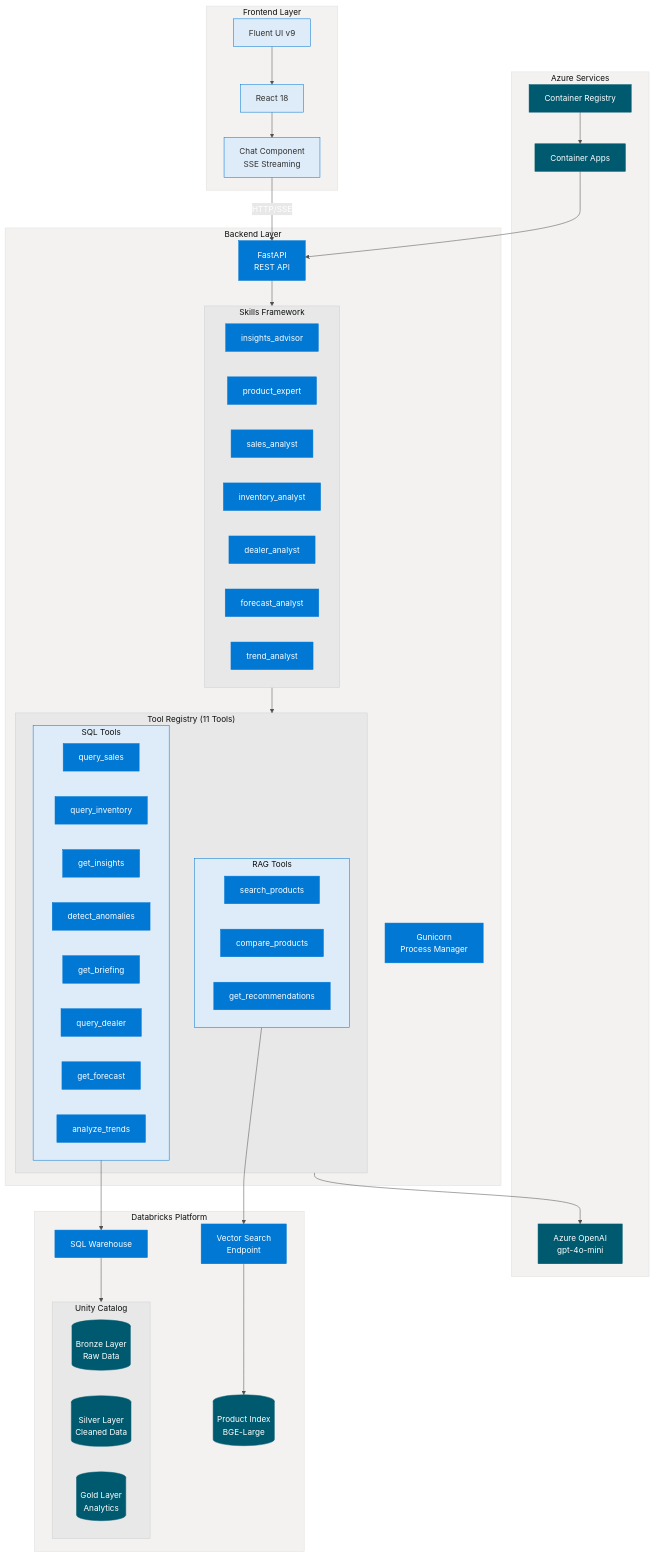
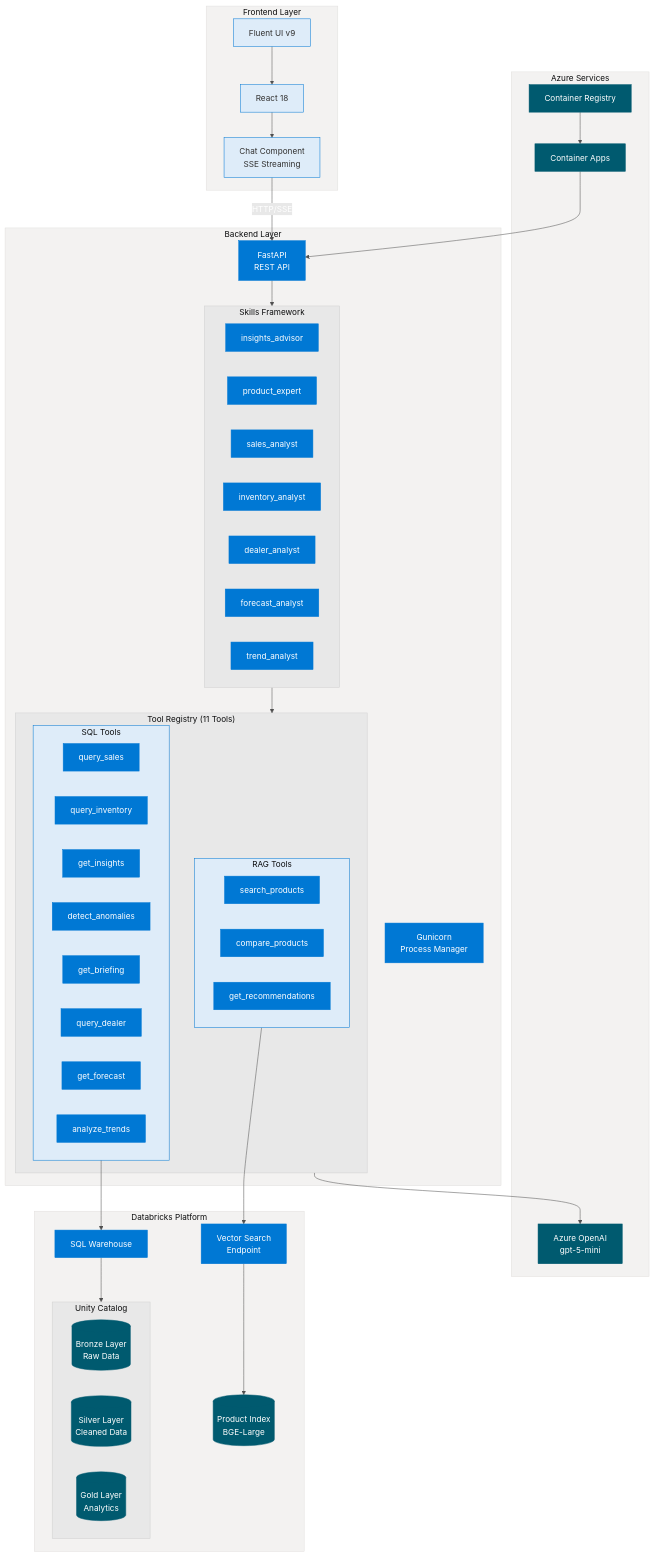
The third of 5 diagrams in README.md (blanskiy/stihl-agent-ui), drawn with Mermaid before and after one commit. The commit also changed other lines of this file, not shown here.

First line of the commit message:
Update README.md to reflect GPT-5-mini model

```diff
--- a/README.md
+++ b/README.md
@@ -182,7 +182,7 @@
     end
 
     subgraph Azure["Azure Services"]
-        AOAI[Azure OpenAI<br/>gpt-4o-mini]
+        AOAI[Azure OpenAI<br/>gpt-5-mini]
         ACA[Container Apps]
         ACR[Container Registry]
     end
```
